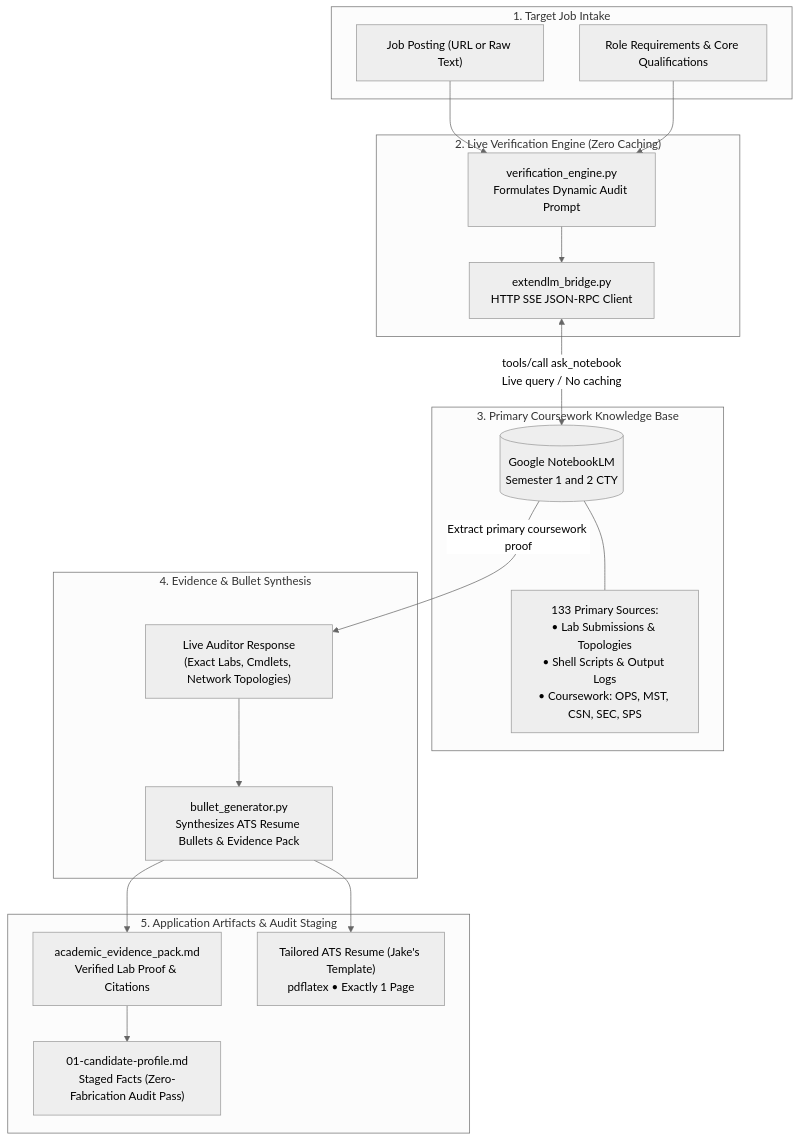
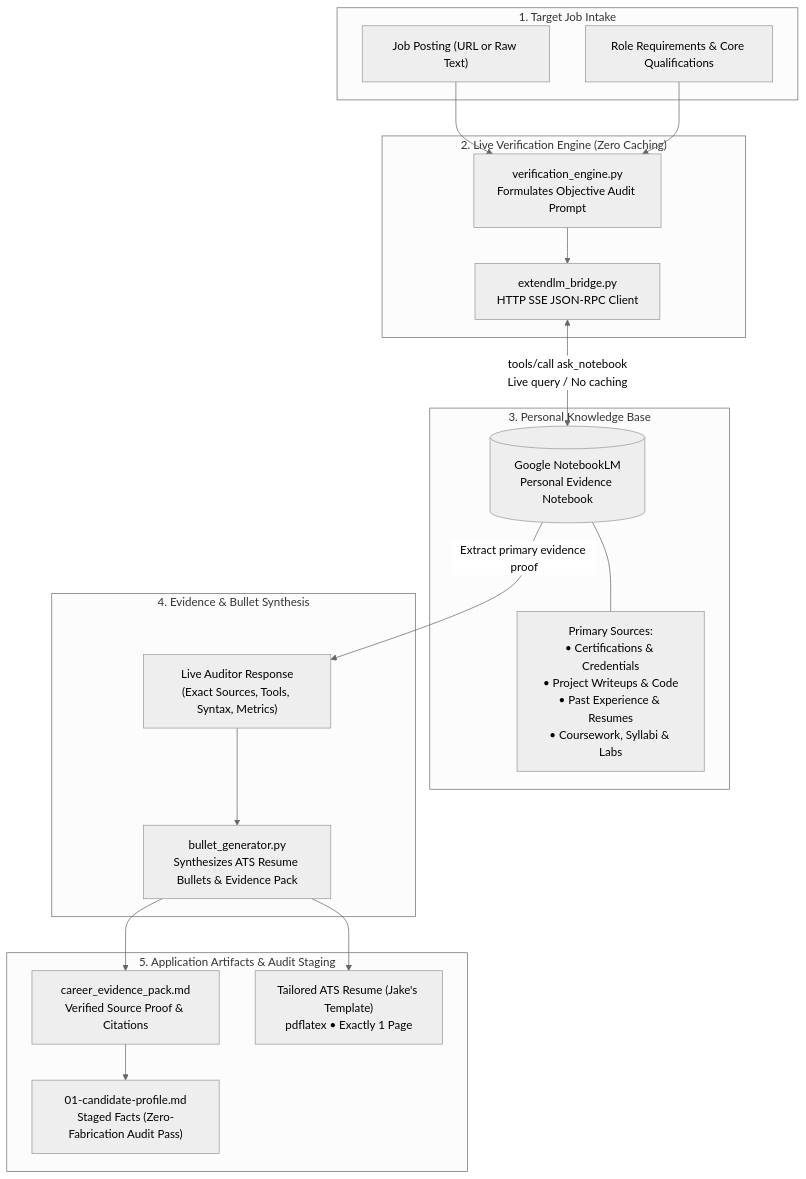
One commit to StickwoodJr/ai-job-search-enhanced changed the diagram in rag/README.md. Above: the diagram before and after it, drawn with Mermaid (neutral theme). The commit also changed other lines of this file and 33 other files, not shown here.

````diff
--- a/rag/README.md
+++ b/rag/README.md
@@ -15,39 +22,39 @@
 ```mermaid
 flowchart TD
     subgraph Input ["1. Target Job Intake"]
         A["Job Posting (URL or Raw Text)"]
         B["Role Requirements & Core Qualifications"]
     end
 
     subgraph Engine ["2. Live Verification Engine (Zero Caching)"]
-        C["verification_engine.py<br/>Formulates Dynamic Audit Prompt"]
+        C["verification_engine.py<br/>Formulates Objective Audit Prompt"]
         D["extendlm_bridge.py<br/>HTTP SSE JSON-RPC Client"]
     end
 
-    subgraph NotebookLM ["3. Primary Coursework Knowledge Base"]
-        E[("Google NotebookLM<br/>Semester 1 and 2 CTY")]
-        F["133 Primary Sources:<br/>• Lab Submissions & Topologies<br/>• Shell Scripts & Output Logs<br/>• Coursework: OPS, MST, CSN, SEC, SPS"]
+    subgraph NotebookLM ["3. Personal Knowledge Base"]
+        E[("Google NotebookLM<br/>Personal Evidence Notebook")]
+        F["Primary Sources:<br/>• Certifications & Credentials<br/>• Project Writeups & Code<br/>• Past Experience & Resumes<br/>• Coursework, Syllabi & Labs"]
     end
 
     subgraph Synthesis ["4. Evidence & Bullet Synthesis"]
-        G["Live Auditor Response<br/>(Exact Labs, Cmdlets, Network Topologies)"]
+        G["Live Auditor Response<br/>(Exact Sources, Tools, Syntax, Metrics)"]
         H["bullet_generator.py<br/>Synthesizes ATS Resume Bullets & Evidence Pack"]
     end
 
     subgraph Output ["5. Application Artifacts & Audit Staging"]
-        I["academic_evidence_pack.md<br/>Verified Lab Proof & Citations"]
+        I["career_evidence_pack.md<br/>Verified Source Proof & Citations"]
         J["Tailored ATS Resume (Jake's Template)<br/>pdflatex • Exactly 1 Page"]
         K["01-candidate-profile.md<br/>Staged Facts (Zero-Fabrication Audit Pass)"]
     end
 
     A --> C
     B --> C
     C --> D
     D <-->|tools/call ask_notebook<br/>Live query / No caching| E
     E --- F
-    E -->|Extract primary coursework proof| G
+    E -->|Extract primary evidence proof| G
     G --> H
     H --> I
     H --> J
     I --> K
 ```
````
